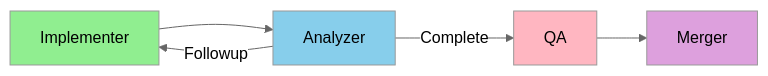
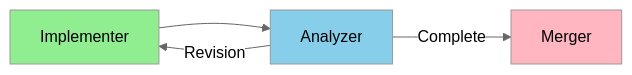
Before and after one commit to mikel-martin-kuik/nolan: the second of 5 diagrams in docs/architecture/06-coordination-comparison.md, drawn with Mermaid (neutral theme). The commit also changed other lines of this file and 67 other files, not shown here.

First line of the commit message:
refactor: Migrate from Cronos/OpenCode to Scheduler-based architecture

````diff
--- a/docs/architecture/06-coordination-comparison.md
+++ b/docs/architecture/06-coordination-comparison.md
@@ -46,12 +30,10 @@
 ```mermaid
 graph LR
     A[Implementer] --> B[Analyzer]
-    B -->|Complete| C[QA]
-    B -->|Followup| A
-    C --> D[Merger]
+    B -->|Complete| C[Merger]
+    B -->|Revision| A
 
     style A fill:#90EE90
     style B fill:#87CEEB
     style C fill:#FFB6C1
-    style D fill:#DDA0DD
 ```
````
